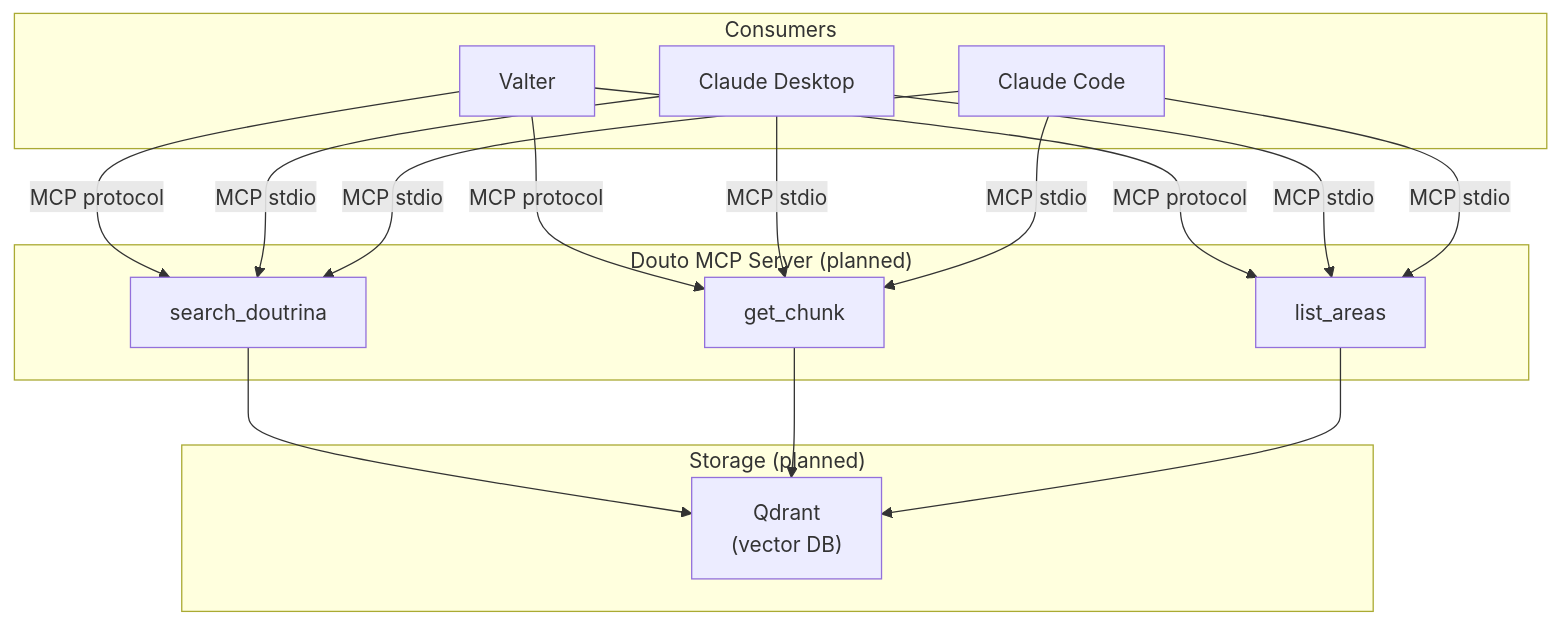
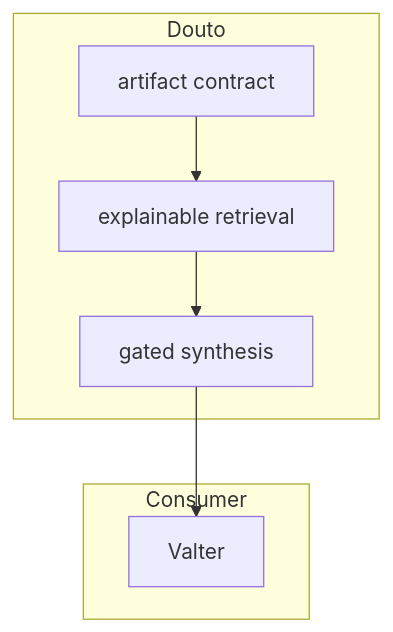
Before and after one commit to sensdiego/sens.legal: the seventh of 8 diagrams in sites/douto/src/content/docs/architecture/diagrams.md, drawn with Mermaid. The commit also changed other lines of this file and 39 other files, not shown here.

````diff
--- a/sites/douto/src/content/docs/architecture/diagrams.md
+++ b/sites/douto/src/content/docs/architecture/diagrams.md
@@ -188,23 +186,14 @@
 ```mermaid
 graph TB
-    subgraph "Douto MCP Server (planned)"
-        T1["search_doutrina"]
-        T2["get_chunk"]
-        T3["list_areas"]
+    subgraph "Douto"
+        ART["artifact contract"]
+        RET["explainable retrieval"]
+        SYN["gated synthesis"]
     end
 
-    subgraph "Consumers"
+    subgraph "Consumer"
         VA["Valter"]
-        CD["Claude Desktop"]
-        CC["Claude Code"]
     end
 
-    subgraph "Storage (planned)"
-        QD["Qdrant<br/>(vector DB)"]
-    end
-
-    VA -->|"MCP protocol"| T1 & T2 & T3
-    CD -->|"MCP stdio"| T1 & T2 & T3
-    CC -->|"MCP stdio"| T1 & T2 & T3
-    T1 & T2 & T3 --> QD
+    ART --> RET --> SYN --> VA
 ```
````
